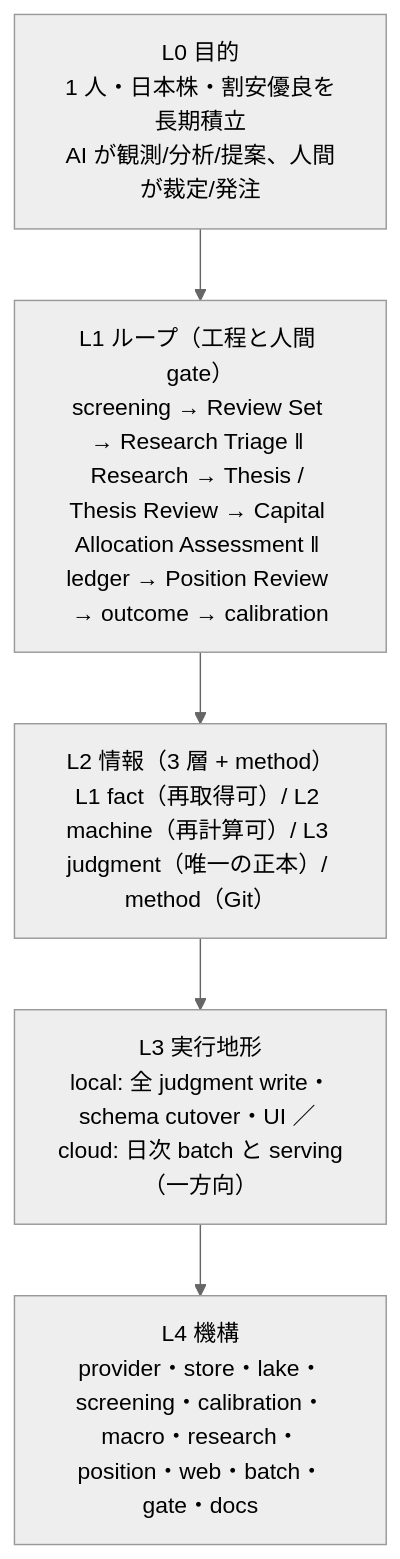
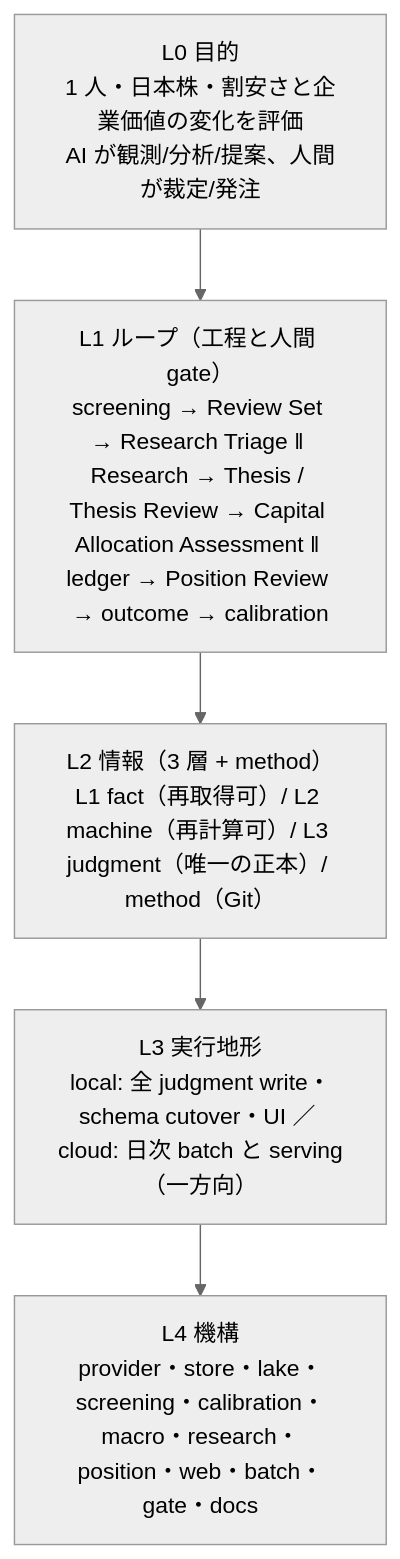
One commit to koumatsumoto/baibai-loop changed the diagram in docs/architecture.md. Above: the diagram before and after it, drawn with Mermaid (neutral theme). The commit also changed other lines of this file and 6 other files, not shown here.

````diff
--- a/docs/architecture.md
+++ b/docs/architecture.md
@@ -44,9 +44,9 @@
 ```mermaid
 flowchart TB
-  L0["L0 目的<br/>1 人・日本株・割安優良を長期積立<br/>AI が観測/分析/提案、人間が裁定/発注"]
+  L0["L0 目的<br/>1 人・日本株・割安さと企業価値の変化を評価<br/>AI が観測/分析/提案、人間が裁定/発注"]
   L1["L1 ループ（工程と人間 gate）<br/>screening → Review Set → Research Triage ‖ Research → Thesis / Thesis Review → Capital Allocation Assessment ‖ ledger → Position Review → outcome → calibration"]
   L2["L2 情報（3 層 + method）<br/>L1 fact（再取得可）/ L2 machine（再計算可）/ L3 judgment（唯一の正本）/ method（Git）"]
   L3["L3 実行地形<br/>local: 全 judgment write・schema cutover・UI ／ cloud: 日次 batch と serving（一方向）"]
   L4["L4 機構<br/>provider・store・lake・screening・calibration・macro・research・position・web・batch・gate・docs"]
   L0 --> L1 --> L2 --> L3 --> L4
 ```
````
